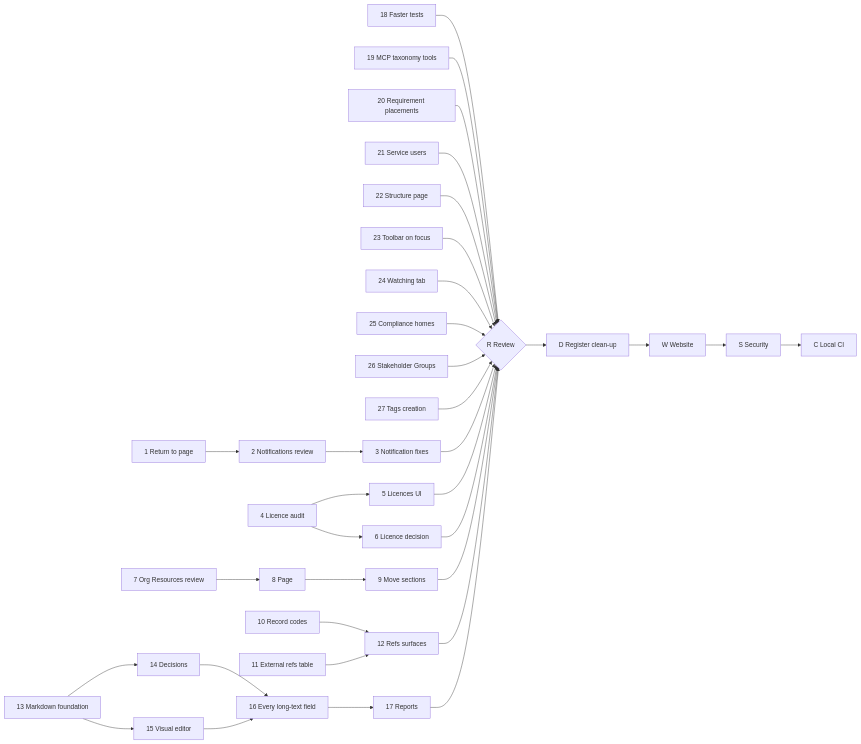
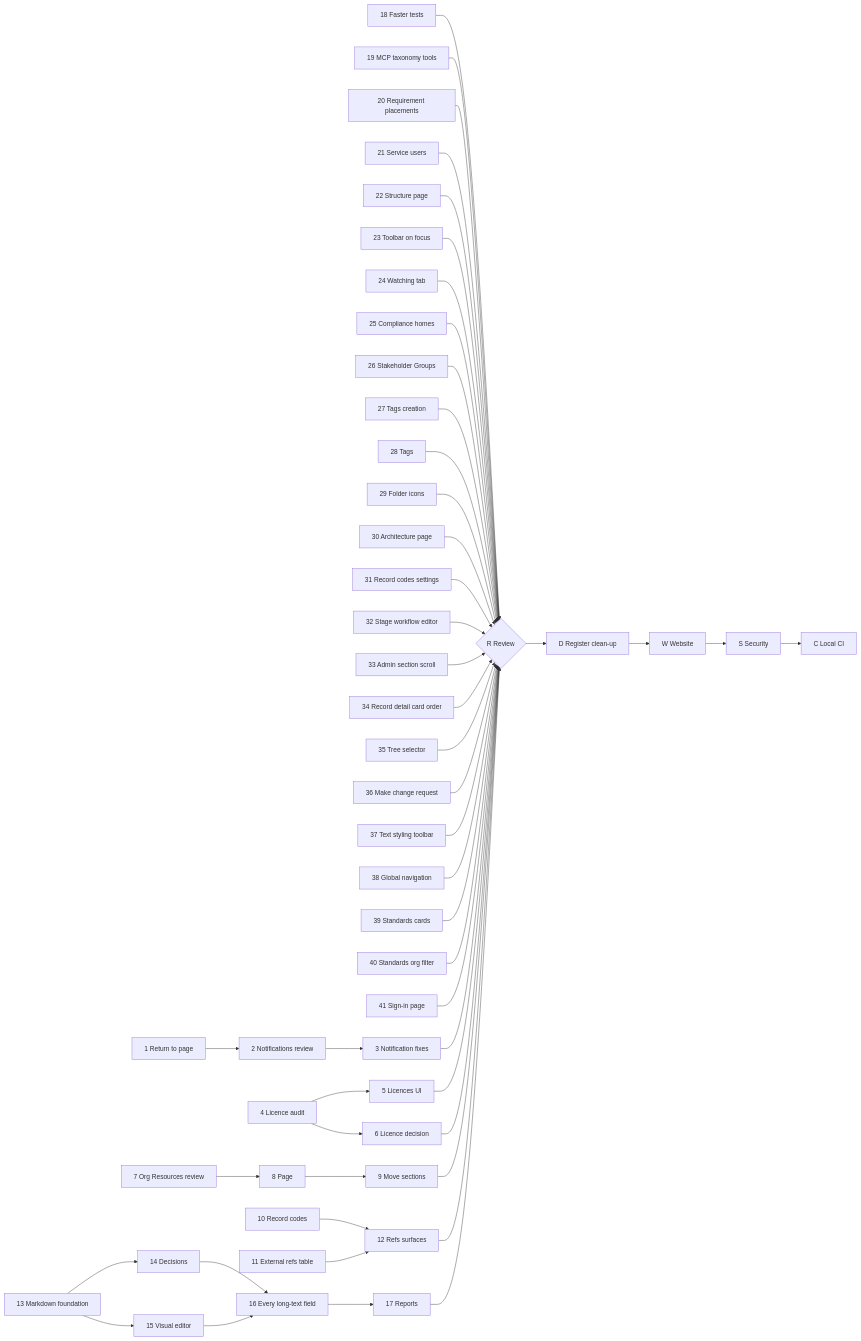
Before and after one commit to ballardr/reqtrackmanager: the diagram in docs/plans/platform-review-2026-11-19-plan.md, drawn with Mermaid. The commit also changed other lines of this file and 10 other files, not shown here.

````diff
--- a/docs/plans/platform-review-2026-11-19-plan.md
+++ b/docs/plans/platform-review-2026-11-19-plan.md
@@ -46,32 +60,46 @@
 ```mermaid
 flowchart LR
     P1["1 Return to page"] --> P2["2 Notifications review"]
     P2 --> P3["3 Notification fixes"]
     P4["4 Licence audit"] --> P5["5 Licences UI"]
     P4 --> P6["6 Licence decision"]
     P7["7 Org Resources review"] --> P8["8 Page"] --> P9["9 Move sections"]
     P10["10 Record codes"] --> P12["12 Refs surfaces"]
     P11["11 External refs table"] --> P12
     P13["13 Markdown foundation"] --> P14["14 Decisions"]
     P13 --> P15["15 Visual editor"]
     P14 --> P16["16 Every long-text field"]
     P15 --> P16
     P16 --> P17["17 Reports"]
     P18["18 Faster tests"] --> R
     P19["19 MCP taxonomy tools"] --> R
     P20["20 Requirement placements"] --> R
     P21["21 Service users"] --> R
     P22["22 Structure page"] --> R
     P23["23 Toolbar on focus"] --> R
     P24["24 Watching tab"] --> R
     P25["25 Compliance homes"] --> R
     P26["26 Stakeholder Groups"] --> R
     P27["27 Tags creation"] --> R
+    P28["28 Tags"] --> R
+    P29["29 Folder icons"] --> R
+    P30["30 Architecture page"] --> R
+    P31["31 Record codes settings"] --> R
+    P32["32 Stage workflow editor"] --> R
+    P33["33 Admin section scroll"] --> R
+    P34["34 Record detail card order"] --> R
+    P35["35 Tree selector"] --> R
+    P36["36 Make change request"] --> R
+    P37["37 Text styling toolbar"] --> R
+    P38["38 Global navigation"] --> R
+    P39["39 Standards cards"] --> R
+    P40["40 Standards org filter"] --> R
+    P41["41 Sign-in page"] --> R
     P3 --> R{"R Review"}
     P5 --> R
     P6 --> R
     P9 --> R
     P12 --> R
     P17 --> R
     R --> D["D Register clean-up"] --> W["W Website"] --> S["S Security"] --> C["C Local CI"]
 ```
````
